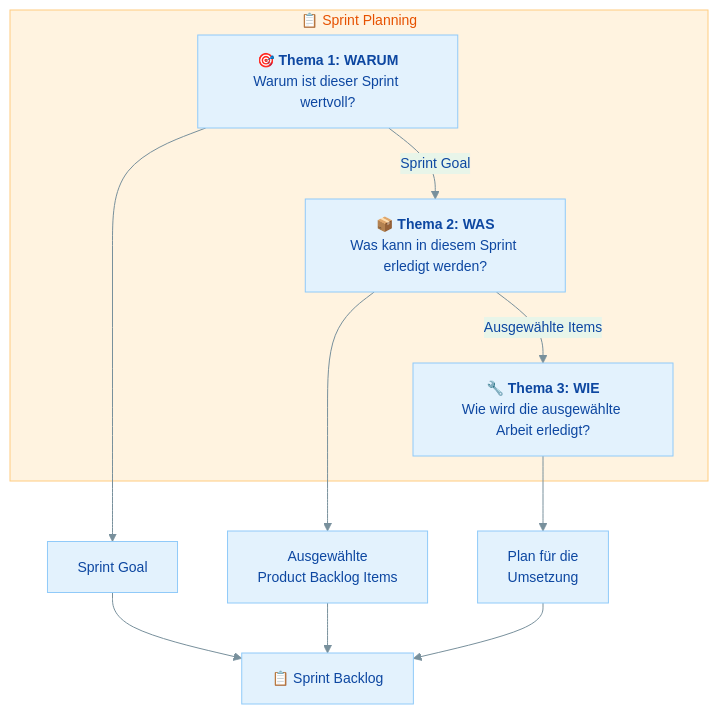
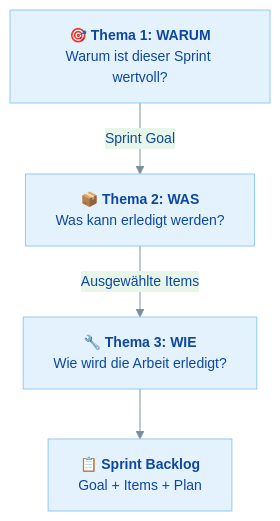
The second of 3 diagrams in docs/modul-3/zusatzmaterial/scrum/03-scrum-events.md (JacobMenge/kurs-25-06), drawn with Mermaid before and after one commit. The commit also changed other lines of this file and 4 other files, not shown here.

First line of the commit message:
Mermaid-Diagramme in Scrum-Material bereinigen

````diff
--- a/docs/modul-3/zusatzmaterial/scrum/03-scrum-events.md
+++ b/docs/modul-3/zusatzmaterial/scrum/03-scrum-events.md
@@ -167,20 +160,12 @@
 ```mermaid
 %%{init: {'theme': 'base', 'themeVariables': {'primaryColor': '#e3f2fd', 'primaryTextColor': '#0d47a1', 'primaryBorderColor': '#90caf9', 'secondaryColor': '#e8f5e9', 'secondaryTextColor': '#1b5e20', 'secondaryBorderColor': '#a5d6a7', 'tertiaryColor': '#fff3e0', 'tertiaryTextColor': '#e65100', 'tertiaryBorderColor': '#ffcc80', 'lineColor': '#78909c', 'fontSize': '14px'}}}%%
 graph TD
-    subgraph planning ["📋 Sprint Planning"]
-        T1["🎯 <b>Thema 1: WARUM</b><br/>Warum ist dieser Sprint wertvoll?"]
-        T2["📦 <b>Thema 2: WAS</b><br/>Was kann in diesem Sprint erledigt werden?"]
-        T3["🔧 <b>Thema 3: WIE</b><br/>Wie wird die ausgewählte Arbeit erledigt?"]
+    T1["🎯 <b>Thema 1: WARUM</b><br/>Warum ist dieser Sprint wertvoll?"]
+    T2["📦 <b>Thema 2: WAS</b><br/>Was kann erledigt werden?"]
+    T3["🔧 <b>Thema 3: WIE</b><br/>Wie wird die Arbeit erledigt?"]
+    SB["📋 <b>Sprint Backlog</b><br/>Goal + Items + Plan"]
 
-        T1 -->|"Sprint Goal"| T2
-        T2 -->|"Ausgewählte Items"| T3
-    end
-
-    T1 --> SG["Sprint Goal"]
-    T2 --> SI["Ausgewählte<br/>Product Backlog Items"]
-    T3 --> PLAN["Plan für die<br/>Umsetzung"]
-
-    SG --> SB["📋 Sprint Backlog"]
-    SI --> SB
-    PLAN --> SB
+    T1 -->|"Sprint Goal"| T2
+    T2 -->|"Ausgewählte Items"| T3
+    T3 --> SB
 ```
````
